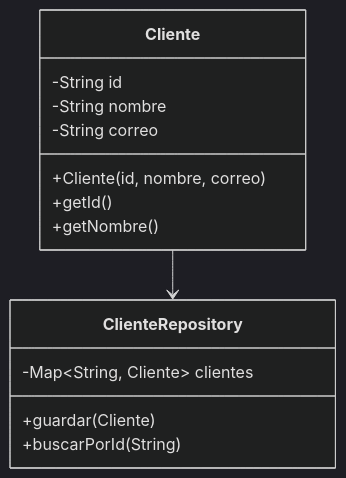
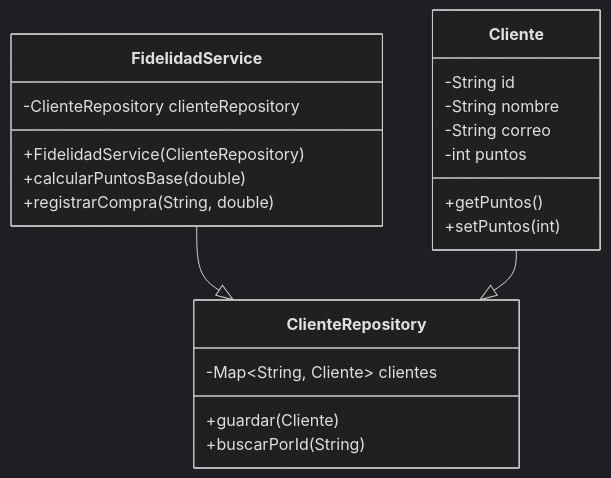
The diagram in README.md (re-rojas/TarjetaGamificada), drawn with Mermaid (dark theme) before and after one commit. The commit also changed other lines of this file and 16 other files, not shown here.

````diff
--- a/README.md
+++ b/README.md
@@ -14,17 +26,25 @@
 ```mermaid
 classDiagram
+    class FidelidadService {
+        -ClienteRepository clienteRepository
+        +FidelidadService(ClienteRepository)
+        +calcularPuntosBase(double)
+        +registrarCompra(String, double)
+    }
     class Cliente {
         -String id
         -String nombre
         -String correo
-        +Cliente(id, nombre, correo)
-        +getId()
-        +getNombre()
+        -int puntos
+        +getPuntos()
+        +setPuntos(int)
     }
     class ClienteRepository {
         -Map~String, Cliente~ clientes
         +guardar(Cliente)
         +buscarPorId(String)
     }
-    Cliente --> ClienteRepository
+
+    FidelidadService --|> ClienteRepository
+    Cliente --|> ClienteRepository
 ```
````
